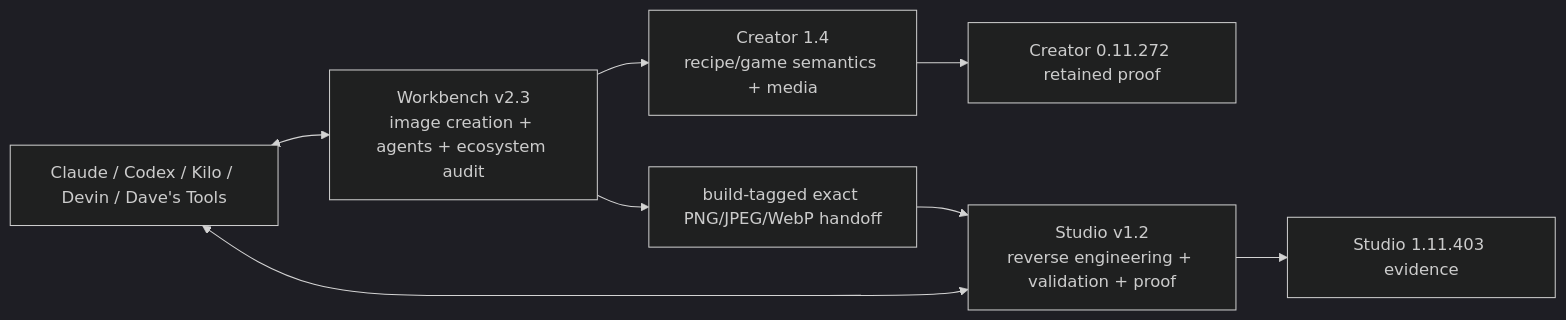
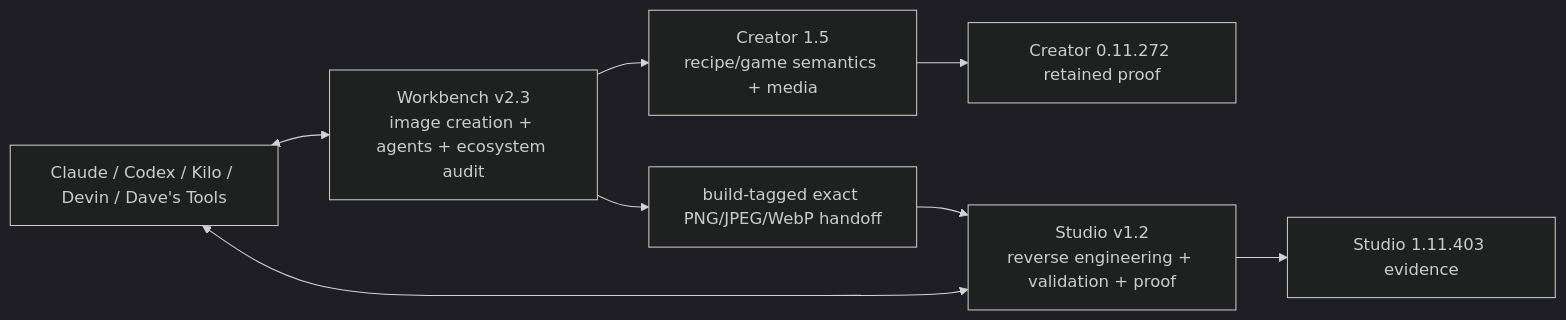
Before and after one commit to Ghenghis/Barros-Pizza-Creator: the second of 2 diagrams in README.md, drawn with Mermaid (dark theme). The commit also changed other lines of this file and 35 other files, not shown here.

````diff
--- a/README.md
+++ b/README.md
@@ -182,10 +182,10 @@
 ```mermaid
 flowchart LR
-    W[Workbench v2.3\nimage creation + agents + ecosystem audit] --> C[Creator 1.4\nrecipe/game semantics + media]
+    W[Workbench v2.3\nimage creation + agents + ecosystem audit] --> C[Creator 1.5\nrecipe/game semantics + media]
     W --> H[build-tagged exact PNG/JPEG/WebP handoff]
     H --> S[Studio v1.2\nreverse engineering + validation + proof]
     C --> CP[Creator 0.11.272 retained proof]
     S --> SP[Studio 1.11.403 evidence]
     A[Claude / Codex / Kilo / Devin / Dave's Tools] <--> W
     A <--> S
 ```
````
